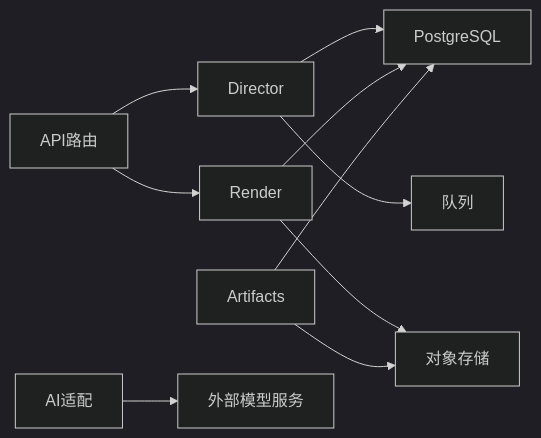
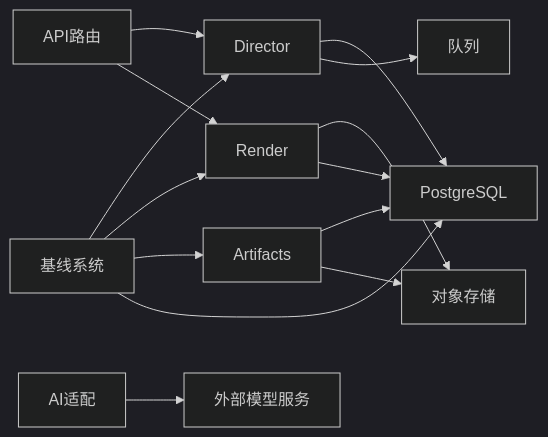
Before and after one commit to AIMFllyYS/code-video-canvas: the seventh of 7 diagrams in .qoder/repowiki/zh/content/架构设计/重构蓝图系统/重构v3基础设施.md, drawn with Mermaid (dark theme). The commit also changed other lines of this file and 44 other files, not shown here.

````diff
--- a/.qoder/repowiki/zh/content/架构设计/重构蓝图系统/重构v3基础设施.md
+++ b/.qoder/repowiki/zh/content/架构设计/重构蓝图系统/重构v3基础设施.md
@@ -240,12 +359,16 @@
 ```mermaid
 graph LR
 API["API路由"] --> DIR["Director"]
 API --> RND["Render"]
 DIR --> DB["PostgreSQL"]
 DIR --> Q["队列"]
 RND --> ST["对象存储"]
 RND --> DB
 ART["Artifacts"] --> DB
 ART --> ST
 AI["AI适配"] --> Ext["外部模型服务"]
+BASELINE["基线系统"] --> DIR
+BASELINE --> RND
+BASELINE --> ART
+BASELINE --> DB
 ```
````
